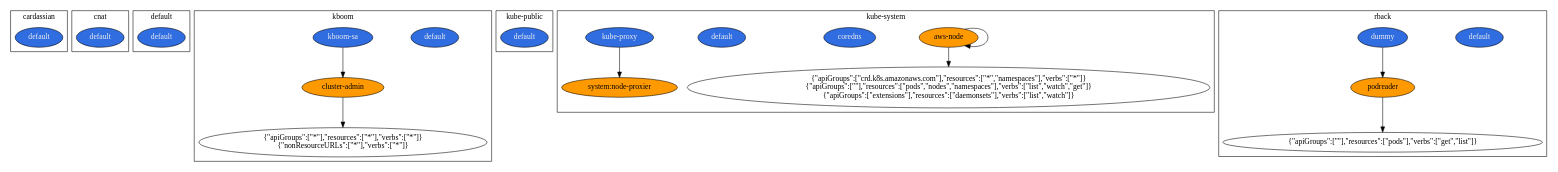
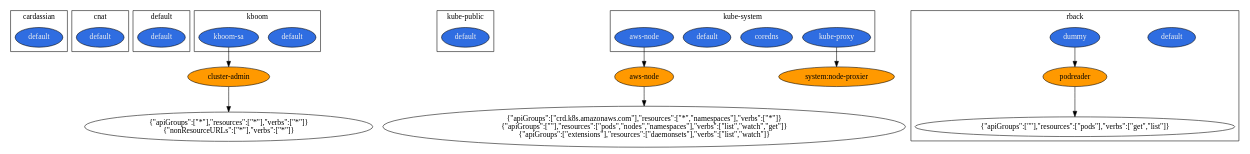
The diagram in simple.dot (team-soteria/rback), drawn with Graphviz before and after one commit. The commit also changed 2 other files, not shown here.

```diff
--- a/simple.dot
+++ b/simple.dot
@@ -1,57 +1,58 @@
 digraph  {
-	subgraph cluster_s4 {
+	subgraph cluster_s0 {
+		ID = "cluster_s0";
+		label="cardassian";
+		n1[fillcolor="#2f6de1",fontcolor="#f0f0f0",label="default",style="filled"];
+		
+	}subgraph cluster_s1 {
+		ID = "cluster_s1";
+		label="cnat";
+		n2[fillcolor="#2f6de1",fontcolor="#f0f0f0",label="default",style="filled"];
+		
+	}subgraph cluster_s2 {
+		ID = "cluster_s2";
+		label="default";
+		n3[fillcolor="#2f6de1",fontcolor="#f0f0f0",label="default",style="filled"];
+		
+	}subgraph cluster_s3 {
+		ID = "cluster_s3";
+		label="kboom";
+		n4[fillcolor="#2f6de1",fontcolor="#f0f0f0",label="default",style="filled"];
+		n5[fillcolor="#2f6de1",fontcolor="#f0f0f0",label="kboom-sa",style="filled"];
+		
+	}subgraph cluster_s4 {
 		ID = "cluster_s4";
-		label="cardassian";
-		n16[fillcolor="#2f6de1",fontcolor="#f0f0f0",label="default",style="filled"];
+		label="kube-public";
+		n8[fillcolor="#2f6de1",fontcolor="#f0f0f0",label="default",style="filled"];
 		
 	}subgraph cluster_s5 {
 		ID = "cluster_s5";
-		label="cnat";
-		n17[fillcolor="#2f6de1",fontcolor="#f0f0f0",label="default",style="filled"];
+		label="kube-system";
+		n9[fillcolor="#2f6de1",fontcolor="#f0f0f0",label="aws-node",style="filled"];
+		n12[fillcolor="#2f6de1",fontcolor="#f0f0f0",label="coredns",style="filled"];
+		n13[fillcolor="#2f6de1",fontcolor="#f0f0f0",label="default",style="filled"];
+		n14[fillcolor="#2f6de1",fontcolor="#f0f0f0",label="kube-proxy",style="filled"];
 		
 	}subgraph cluster_s6 {
 		ID = "cluster_s6";
-		label="default";
-		n18[fillcolor="#2f6de1",fontcolor="#f0f0f0",label="default",style="filled"];
-		
-	}subgraph cluster_s0 {
-		ID = "cluster_s0";
-		label="kboom";
-		n3[fillcolor="#ff9900",fontcolor="#030303",label="cluster-admin",style="filled"];
-		n1[fillcolor="#2f6de1",fontcolor="#f0f0f0",label="default",style="filled"];
-		n2[fillcolor="#2f6de1",fontcolor="#f0f0f0",label="kboom-sa",style="filled"];
-		n4[label="{\"apiGroups\":[\"*\"],\"resources\":[\"*\"],\"verbs\":[\"*\"]}\n{\"nonResourceURLs\":[\"*\"],\"verbs\":[\"*\"]}\n"];
-		n3->n4;
-		n2->n3;
-		
-	}subgraph cluster_s1 {
-		ID = "cluster_s1";
-		label="kube-public";
-		n5[fillcolor="#2f6de1",fontcolor="#f0f0f0",label="default",style="filled"];
-		
-	}subgraph cluster_s2 {
-		ID = "cluster_s2";
-		label="kube-system";
-		n6[fillcolor="#ff9900",fontcolor="#030303",label="aws-node",style="filled"];
-		n8[fillcolor="#2f6de1",fontcolor="#f0f0f0",label="coredns",style="filled"];
-		n9[fillcolor="#2f6de1",fontcolor="#f0f0f0",label="default",style="filled"];
-		n10[fillcolor="#2f6de1",fontcolor="#f0f0f0",label="kube-proxy",style="filled"];
-		n11[fillcolor="#ff9900",fontcolor="#030303",label="system:node-proxier",style="filled"];
-		n7[label="{\"apiGroups\":[\"crd.k8s.amazonaws.com\"],\"resources\":[\"*\",\"namespaces\"],\"verbs\":[\"*\"]}\n{\"apiGroups\":[\"\"],\"resources\":[\"pods\",\"nodes\",\"namespaces\"],\"verbs\":[\"list\",\"watch\",\"get\"]}\n{\"apiGroups\":[\"extensions\"],\"resources\":[\"daemonsets\"],\"verbs\":[\"list\",\"watch\"]}\n"];
-		n6->n6;
-		n6->n7;
-		n10->n11;
-		
-	}subgraph cluster_s3 {
-		ID = "cluster_s3";
 		label="rback";
-		n12[fillcolor="#2f6de1",fontcolor="#f0f0f0",label="default",style="filled"];
-		n13[fillcolor="#2f6de1",fontcolor="#f0f0f0",label="dummy",style="filled"];
-		n14[fillcolor="#ff9900",fontcolor="#030303",label="podreader",style="filled"];
-		n15[label="{\"apiGroups\":[\"\"],\"resources\":[\"pods\"],\"verbs\":[\"get\",\"list\"]}\n"];
-		n13->n14;
-		n14->n15;
+		n16[fillcolor="#2f6de1",fontcolor="#f0f0f0",label="default",style="filled"];
+		n17[fillcolor="#2f6de1",fontcolor="#f0f0f0",label="dummy",style="filled"];
+		n18[fillcolor="#ff9900",fontcolor="#030303",label="podreader",style="filled"];
+		n19[label="{\"apiGroups\":[\"\"],\"resources\":[\"pods\"],\"verbs\":[\"get\",\"list\"]}\n"];
+		n17->n18;
+		n18->n19;
 		
 	}
+	n10[fillcolor="#ff9900",fontcolor="#030303",label="aws-node",style="filled"];
+	n6[fillcolor="#ff9900",fontcolor="#030303",label="cluster-admin",style="filled"];
+	n15[fillcolor="#ff9900",fontcolor="#030303",label="system:node-proxier",style="filled"];
+	n7[label="{\"apiGroups\":[\"*\"],\"resources\":[\"*\"],\"verbs\":[\"*\"]}\n{\"nonResourceURLs\":[\"*\"],\"verbs\":[\"*\"]}\n"];
+	n11[label="{\"apiGroups\":[\"crd.k8s.amazonaws.com\"],\"resources\":[\"*\",\"namespaces\"],\"verbs\":[\"*\"]}\n{\"apiGroups\":[\"\"],\"resources\":[\"pods\",\"nodes\",\"namespaces\"],\"verbs\":[\"list\",\"watch\",\"get\"]}\n{\"apiGroups\":[\"extensions\"],\"resources\":[\"daemonsets\"],\"verbs\":[\"list\",\"watch\"]}\n"];
+	n9->n10;
+	n10->n11;
+	n6->n7;
+	n5->n6;
+	n14->n15;
 	
 }
```
